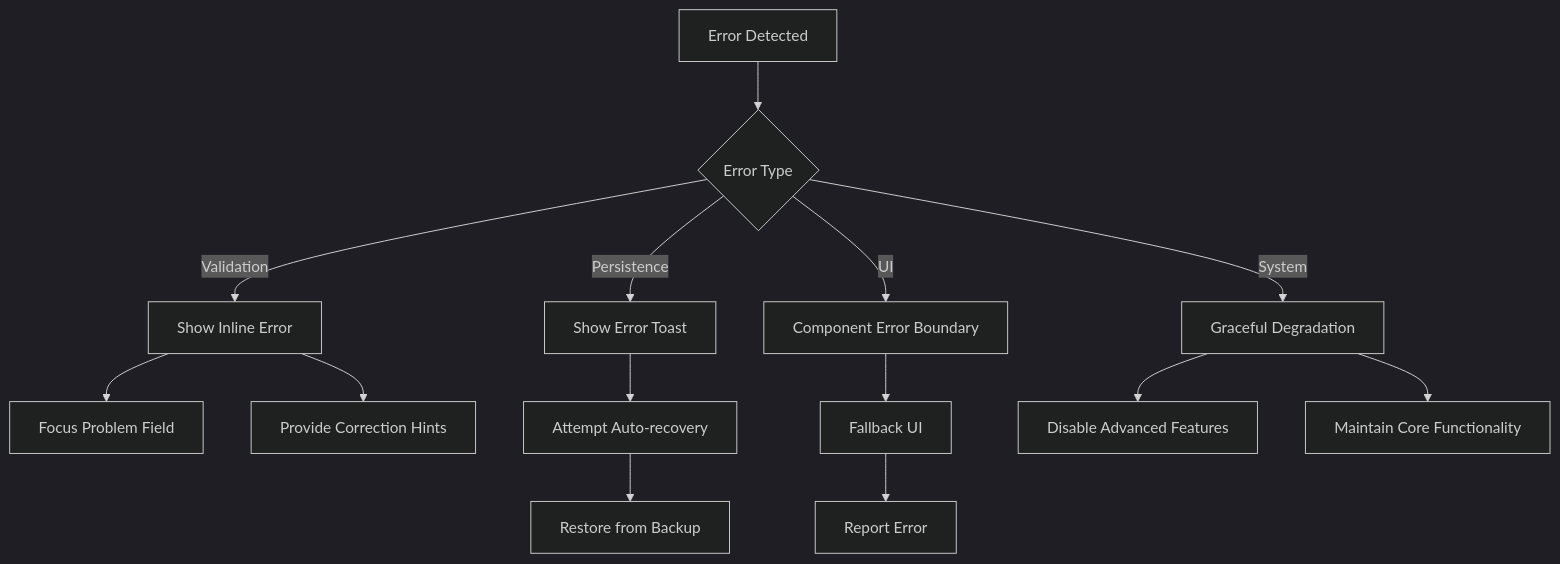
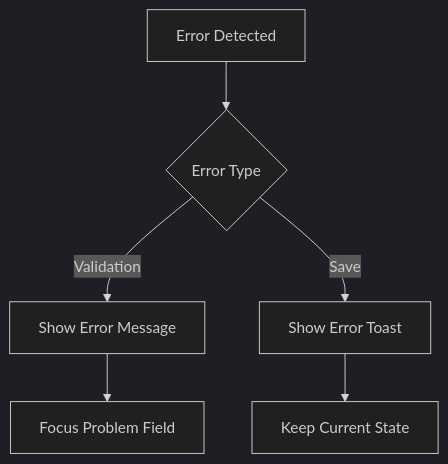
One commit to Explosion-Scratch/whisper-mac changed diagram 13 of 14 in .qoder/quests/rules-editor.md. Above: the diagram before and after it, drawn with Mermaid (dark theme). The commit also changed other lines of this file and 3 other files, not shown here.

````diff
--- a/.qoder/quests/rules-editor.md
+++ b/.qoder/quests/rules-editor.md
@@ -588,20 +404,10 @@
 ```mermaid
 graph TD
     A[Error Detected] --> B{Error Type}
-    
-    B -->|Validation| C[Show Inline Error]
+
+    B -->|Validation| C[Show Error Message]
     C --> D[Focus Problem Field]
-    C --> E[Provide Correction Hints]
-    
-    B -->|Persistence| F[Show Error Toast]
-    F --> G[Attempt Auto-recovery]
-    G --> H[Restore from Backup]
-    
-    B -->|UI| I[Component Error Boundary]
-    I --> J[Fallback UI]
-    J --> K[Report Error]
-    
-    B -->|System| L[Graceful Degradation]
-    L --> M[Disable Advanced Features]
-    L --> N[Maintain Core Functionality]
+
+    B -->|Save| E[Show Error Toast]
+    E --> F[Keep Current State]
 ```
````
